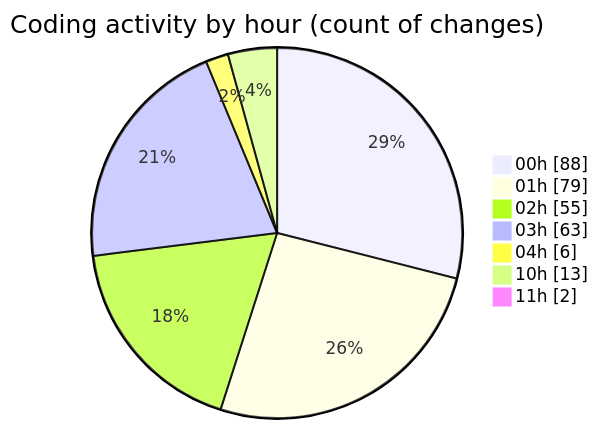
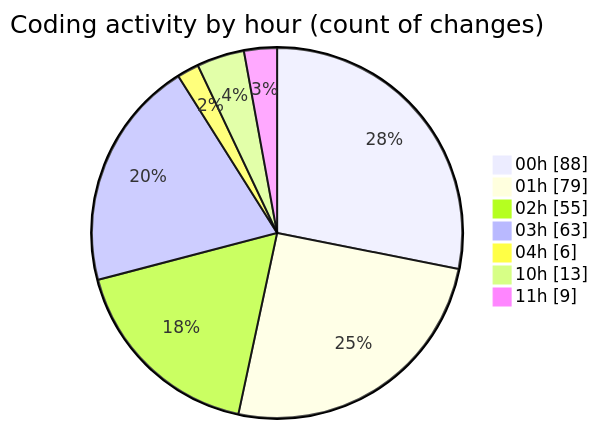
One commit to lephambinh05/code-tracking changed the second of 2 diagrams in 2025-08-16/rentotp/README.md. Above: the diagram before and after it, drawn with Mermaid. The commit also changed other lines of this file and 1 other file, not shown here.

````diff
--- a/2025-08-16/rentotp/README.md
+++ b/2025-08-16/rentotp/README.md
@@ -68,11 +69,11 @@
 ```mermaid
 pie showData
 title Coding activity by hour (count of changes)
 "00h" : 88
 "01h" : 79
 "02h" : 55
 "03h" : 63
 "04h" : 6
 "10h" : 13
-"11h" : 2
+"11h" : 9
 ```
````
